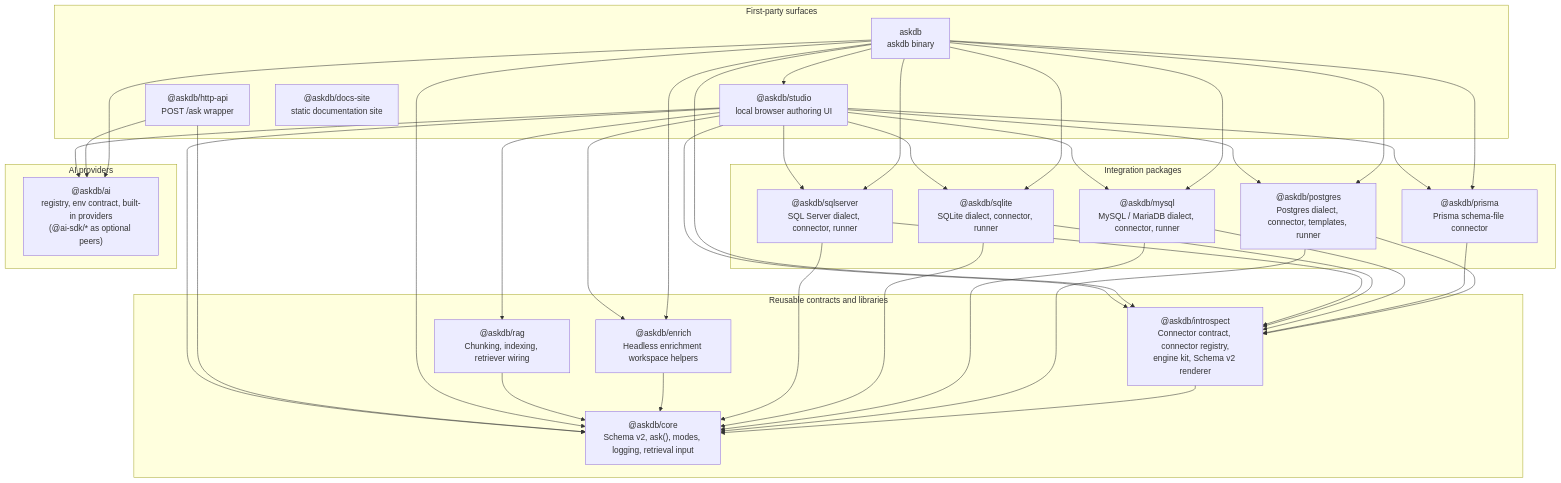
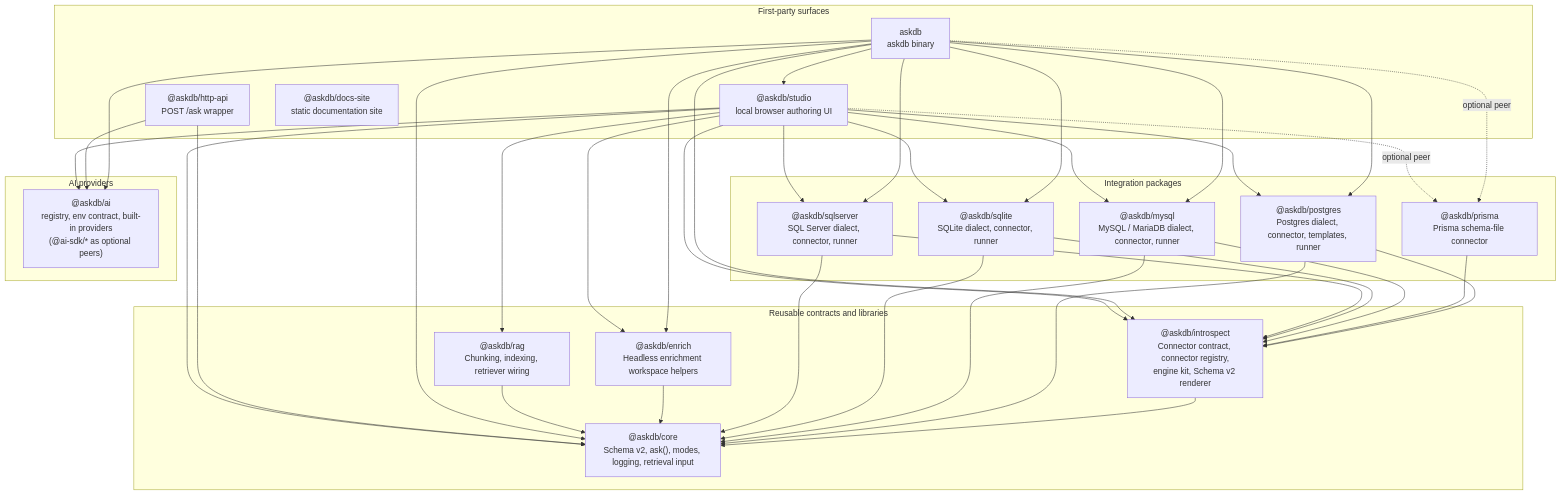
Before and after one commit to Ygilany/AskDB: the second of 7 diagrams in docs/architecture.md, drawn with Mermaid. The commit also changed other lines of this file and 16 other files, not shown here.

````diff
--- a/docs/architecture.md
+++ b/docs/architecture.md
@@ -38,63 +38,63 @@
 ```mermaid
 flowchart TB
   subgraph Contracts["Reusable contracts and libraries"]
     core["@askdb/core<br/>Schema v2, ask(), modes, logging, retrieval input"]
     introspect["@askdb/introspect<br/>Connector contract, connector registry,<br/>engine kit, Schema v2 renderer"]
     enrich["@askdb/enrich<br/>Headless enrichment workspace helpers"]
     rag["@askdb/rag<br/>Chunking, indexing, retriever wiring"]
   end
 
   subgraph Integrations["Integration packages"]
     postgres["@askdb/postgres<br/>Postgres dialect, connector, templates, runner"]
     prisma["@askdb/prisma<br/>Prisma schema-file connector"]
     mysql["@askdb/mysql<br/>MySQL / MariaDB dialect, connector, runner"]
     sqlite["@askdb/sqlite<br/>SQLite dialect, connector, runner"]
     sqlserver["@askdb/sqlserver<br/>SQL Server dialect, connector, runner"]
   end
 
   subgraph AI["AI providers"]
     aiPkg["@askdb/ai<br/>registry, env contract, built-in providers<br/>(@ai-sdk/* as optional peers)"]
   end
 
   subgraph Surfaces["First-party surfaces"]
     cli["askdb<br/>askdb binary"]
     http["@askdb/http-api<br/>POST /ask wrapper"]
     studio["@askdb/studio<br/>local browser authoring UI"]
     docsSite["@askdb/docs-site<br/>static documentation site"]
   end
 
   introspect --> core
   postgres --> core
   postgres --> introspect
   prisma --> introspect
   mysql --> core
   mysql --> introspect
   sqlite --> core
   sqlite --> introspect
   sqlserver --> core
   sqlserver --> introspect
   enrich --> core
   rag --> core
   cli --> core
   cli --> introspect
   cli --> postgres
-  cli --> prisma
+  cli -. "optional peer" .-> prisma
   cli --> mysql
   cli --> sqlite
   cli --> sqlserver
   cli --> enrich
   cli --> studio
   cli --> aiPkg
   http --> core
   http --> aiPkg
   studio --> core
   studio --> introspect
   studio --> enrich
   studio --> postgres
   studio --> mysql
   studio --> sqlite
   studio --> sqlserver
-  studio --> prisma
+  studio -. "optional peer" .-> prisma
   studio --> rag
   studio --> aiPkg
 ```
````
